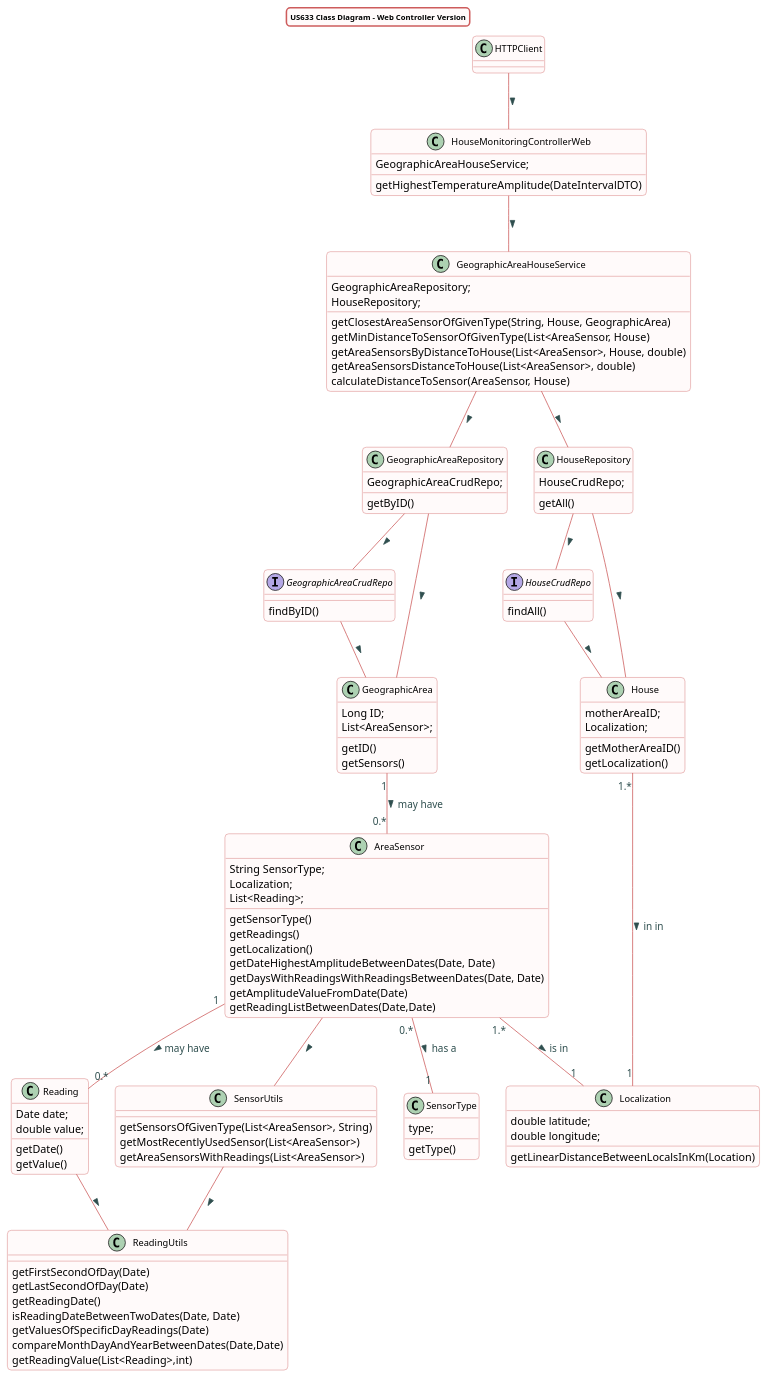
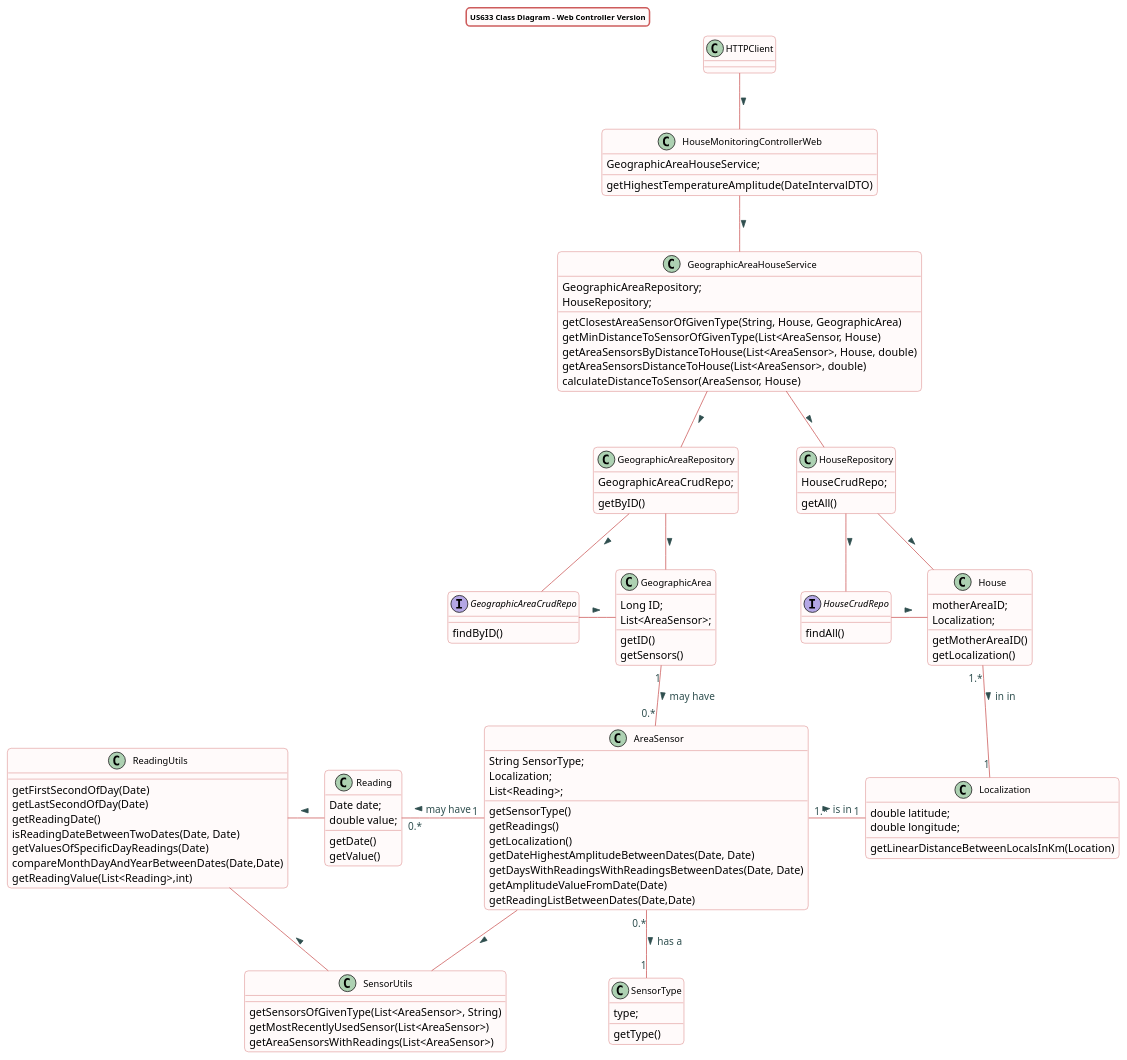
Before and after one commit to Almadanmp/project: the diagram in src/doc/WEB_Controllers/HouseMonitoring/US633/US633_cd_HouseMonitoring.puml, drawn with PlantUML. The commit also changed 15 other files, not shown here.

```diff
--- a/src/doc/WEB_Controllers/HouseMonitoring/US633/US633_cd_HouseMonitoring.puml
+++ b/src/doc/WEB_Controllers/HouseMonitoring/US633/US633_cd_HouseMonitoring.puml
@@ -1,142 +1,142 @@
 @startuml
 title US633 Class Diagram - Web Controller Version
 
 skinparam titleBorderRoundCorner 10
 skinparam titleBorderThickness 2
 skinparam titleBorderColor indianred
 skinparam titleBackgroundColor Snow
 skinparam FontName quicksand
 skinparam titleFontSize 10
 skinparam roundcorner 10
 
 
 skinparam class {
  BorderColor indianred
  BackgroundColor indianred
  BackgroundColor Snow
   roundcorner 10
   ArrowFontName Verdana
   ArrowColor indianred
   ArrowFontColor darkslategrey
   FontSize 12
 }
 
 
 
 HTTPClient -- HouseMonitoringControllerWeb : >
 HouseMonitoringControllerWeb -- GeographicAreaHouseService : >
 GeographicAreaHouseService -- GeographicAreaRepository : >
 GeographicAreaRepository -- GeographicAreaCrudRepo : >
 GeographicAreaRepository -- GeographicArea : >
-GeographicAreaCrudRepo -- GeographicArea : >
+GeographicAreaCrudRepo -right- GeographicArea : >
 GeographicAreaHouseService -- HouseRepository : >
 HouseRepository -- HouseCrudRepo : >
 HouseRepository -- House : >
-HouseCrudRepo -- House : >
+HouseCrudRepo -right- House : >
 GeographicArea "1" -- "0.*" AreaSensor : may have >
-House"1.*" -- "1" Localization : in in >
-AreaSensor"1.*" -- "1" Localization : is in >
-AreaSensor "1" -- "0.*" Reading : may have >
+House"1.*" -right- "1" Localization : in in >
+AreaSensor"1.*" -right- "1" Localization : is in >
+AreaSensor "1" -left- "0.*" Reading : may have >
 AreaSensor -- SensorUtils : >
 AreaSensor"0.*" -- "1"SensorType : has a >
-Reading -- ReadingUtils : >
-SensorUtils -- ReadingUtils : >
+Reading -left- ReadingUtils : >
+SensorUtils -left- ReadingUtils : >
 
 class HouseMonitoringControllerWeb {
 GeographicAreaHouseService;
 getHighestTemperatureAmplitude(DateIntervalDTO)
 }
 
 class GeographicAreaHouseService{
 GeographicAreaRepository;
 HouseRepository;
 getClosestAreaSensorOfGivenType(String, House, GeographicArea)
 getMinDistanceToSensorOfGivenType(List<AreaSensor, House)
 getAreaSensorsByDistanceToHouse(List<AreaSensor>, House, double)
 getAreaSensorsDistanceToHouse(List<AreaSensor>, double)
 calculateDistanceToSensor(AreaSensor, House)
 }
 
 class House{
 motherAreaID;
 Localization;
 getMotherAreaID()
 getLocalization()
 }
 
 class GeographicArea{
 Long ID;
 List<AreaSensor>;
 getID()
 getSensors()
 }
 
 class SensorUtils{
 getSensorsOfGivenType(List<AreaSensor>, String)
 getMostRecentlyUsedSensor(List<AreaSensor>)
 getAreaSensorsWithReadings(List<AreaSensor>)
 }
 
 class AreaSensor{
 String SensorType;
 Localization;
 List<Reading>;
 getSensorType()
 getReadings()
 getLocalization()
 getDateHighestAmplitudeBetweenDates(Date, Date)
 getDaysWithReadingsWithReadingsBetweenDates(Date, Date)
 getAmplitudeValueFromDate(Date)
 getReadingListBetweenDates(Date,Date)
 }
 
 class SensorType{
 type;
 getType()
 }
 
 class Localization{
 double latitude;
 double longitude;
 getLinearDistanceBetweenLocalsInKm(Location)
 }
 
 class ReadingUtils{
 getFirstSecondOfDay(Date)
 getLastSecondOfDay(Date)
 getReadingDate()
 isReadingDateBetweenTwoDates(Date, Date)
 getValuesOfSpecificDayReadings(Date)
 compareMonthDayAndYearBetweenDates(Date,Date)
 getReadingValue(List<Reading>,int)
 }
 
 class Reading{
 Date date;
 double value;
 getDate()
 getValue()
 }
 
 class GeographicAreaRepository{
 GeographicAreaCrudRepo;
 getByID()
 }
 
 Interface GeographicAreaCrudRepo{
 findByID()
 }
 
 class HouseRepository{
 HouseCrudRepo;
 getAll()
 }
 
 Interface HouseCrudRepo{
 findAll()
 }
 
 
 
 
 @enduml
```
